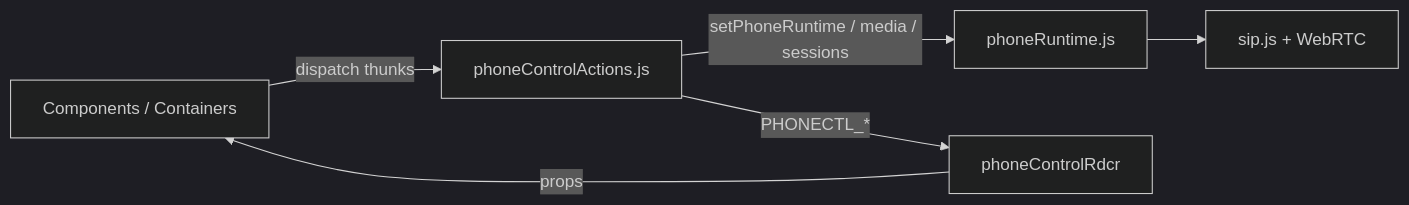
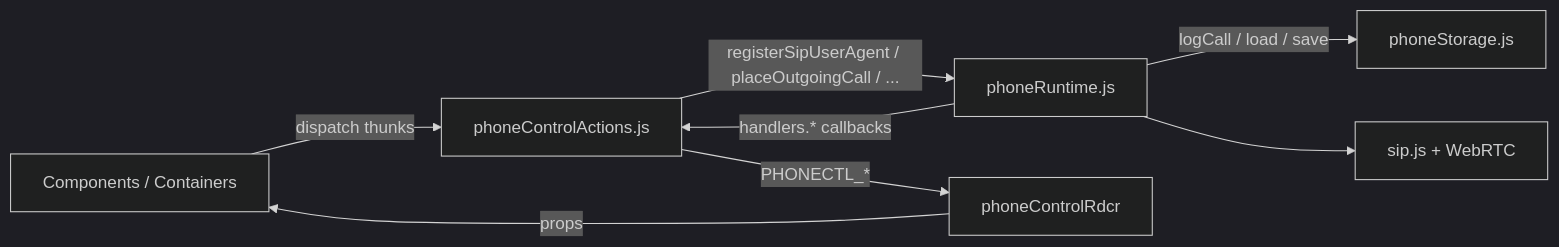
Before and after one commit to ars-anosov/sipjs-react: the first of 8 diagrams in STATE.md, drawn with Mermaid (dark theme). The commit also changed other lines of this file and 3 other files, not shown here.

````diff
--- a/STATE.md
+++ b/STATE.md
@@ -8,14 +8,17 @@
 ```mermaid
 flowchart LR
   UI[Components / Containers]
   ACT[phoneControlActions.js]
   RT[phoneRuntime.js]
+  ST[phoneStorage.js]
   RDCR[phoneControlRdcr]
   SIP[sip.js + WebRTC]
 
   UI -->|dispatch thunks| ACT
-  ACT -->|setPhoneRuntime / media / sessions| RT
+  ACT -->|registerSipUserAgent / placeOutgoingCall / ...| RT
   ACT -->|PHONECTL_*| RDCR
+  RT -->|handlers.* callbacks| ACT
+  RT -->|logCall / load / save| ST
   RT --> SIP
   RDCR -->|props| UI
 ```
````
